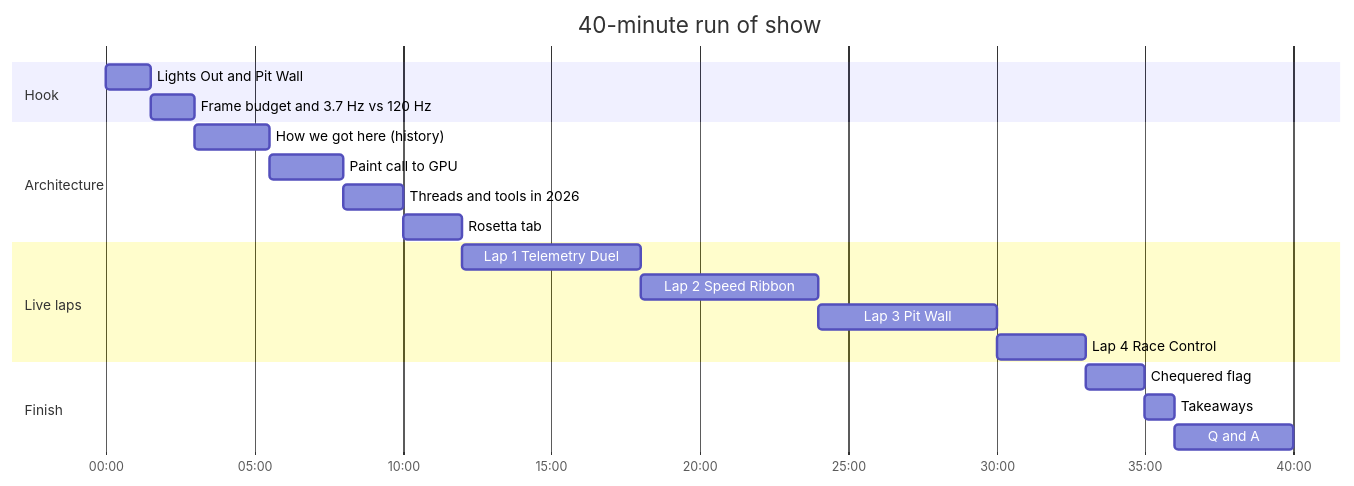
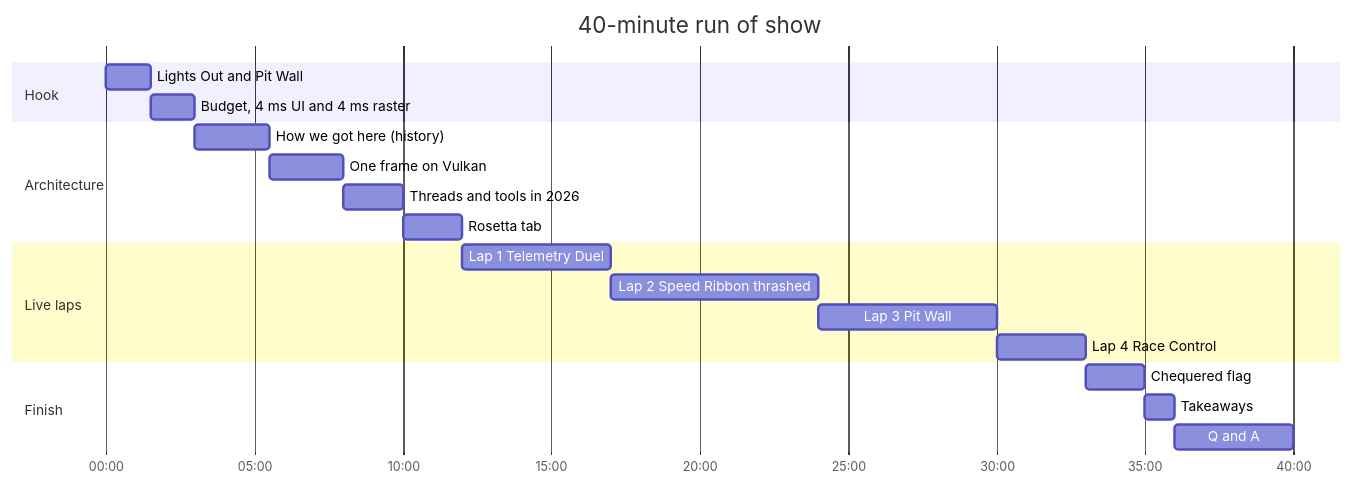
Before and after one commit to cm-collins/fluttercon-demo-app: the second of 2 diagrams in docs/talk/talk-outline.md, drawn with Mermaid. The commit also changed other lines of this file and 9 other files, not shown here.

````diff
--- a/docs/talk/talk-outline.md
+++ b/docs/talk/talk-outline.md
@@ -43,23 +49,23 @@
 ```mermaid
 gantt
     title 40-minute run of show
     dateFormat mm:ss
     axisFormat %M:%S
     section Hook
     Lights Out and Pit Wall           :h1, 00:00, 90s
-    Frame budget and 3.7 Hz vs 120 Hz :h2, after h1, 90s
+    Budget, 4 ms UI and 4 ms raster   :h2, after h1, 90s
     section Architecture
     How we got here (history)         :a1, after h2, 150s
-    Paint call to GPU                 :a2, after a1, 150s
+    One frame on Vulkan               :a2, after a1, 150s
     Threads and tools in 2026         :a3, after a2, 2m
     Rosetta tab                       :a4, after a3, 2m
     section Live laps
-    Lap 1 Telemetry Duel              :l1, after a4, 6m
-    Lap 2 Speed Ribbon                :l2, after l1, 6m
+    Lap 1 Telemetry Duel              :l1, after a4, 5m
+    Lap 2 Speed Ribbon thrashed       :l2, after l1, 7m
     Lap 3 Pit Wall                    :l3, after l2, 6m
     Lap 4 Race Control                :l4, after l3, 3m
     section Finish
     Chequered flag                    :f1, after l4, 2m
     Takeaways                         :f2, after f1, 1m
     Q and A                           :f3, after f2, 4m
 ```
````
